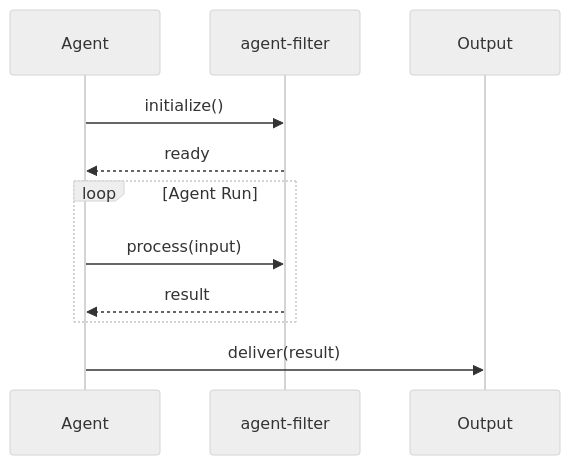
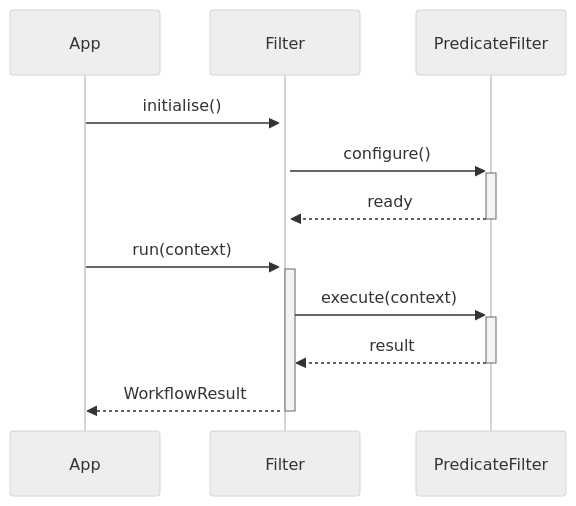
The second of 2 diagrams in README.md (darshjme/agent-filter), drawn with Mermaid (neutral theme) before and after one commit. The commit also changed other lines of this file and 1 other file, not shown here.

````diff
--- a/README.md
+++ b/README.md
@@ -72,16 +94,14 @@
 ```mermaid
 sequenceDiagram
-    participant Agent
-    participant AgentFilter as agent-filter
-    participant Output
+    participant App
+    participant Filter
+    participant PredicateFilter
 
-    Agent->>AgentFilter: initialize()
-    AgentFilter-->>Agent: ready
-
-    loop Agent Run
-        Agent->>AgentFilter: process(input)
-        AgentFilter-->>Agent: result
-    end
-
-    Agent->>Output: deliver(result)
+    App->>+Filter: initialise()
+    Filter->>+PredicateFilter: configure()
+    PredicateFilter-->>-Filter: ready
+    App->>+Filter: run(context)
+    Filter->>+PredicateFilter: execute(context)
+    PredicateFilter-->>-Filter: result
+    Filter-->>-App: WorkflowResult
 ```
````
